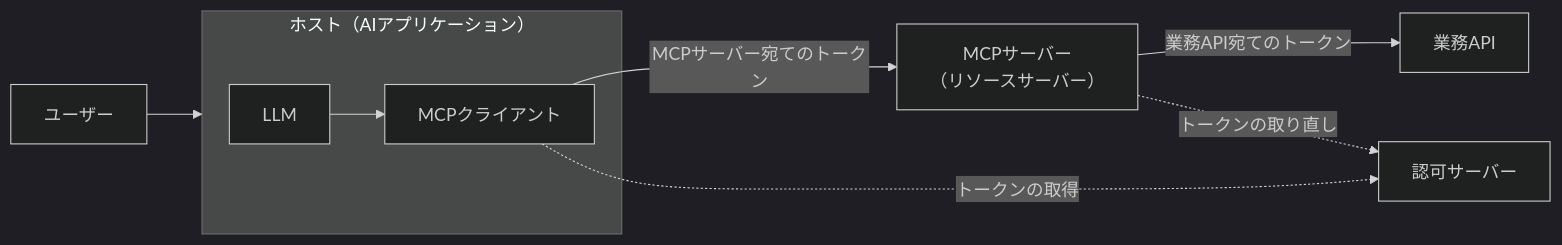
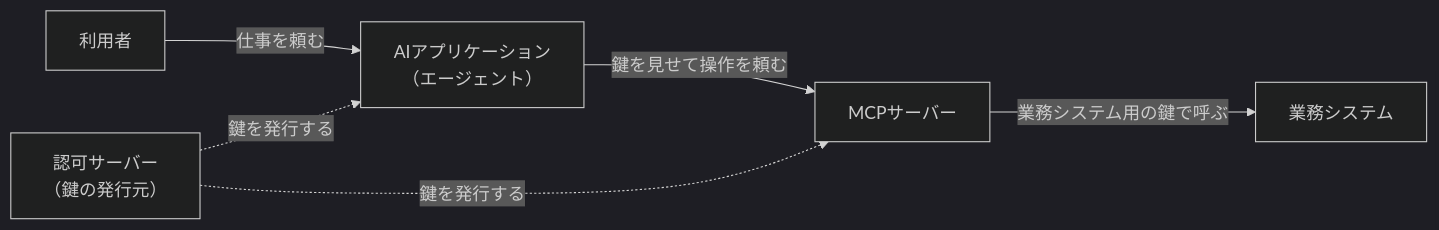
Before and after one commit to bmf-san/bmf-tech: the diagram in content/ja/posts/mcp-authorization-design.md, drawn with Mermaid (dark theme). The commit also changed other lines of this file and 1 other file, not shown here.

````diff
--- a/content/ja/posts/mcp-authorization-design.md
+++ b/content/ja/posts/mcp-authorization-design.md
@@ -39,17 +37,13 @@
 ```mermaid
 flowchart LR
-    U["ユーザー"]
-    subgraph H["ホスト（AIアプリケーション）"]
-        L["LLM"]
-        C["MCPクライアント"]
-    end
-    S["MCPサーバー<br/>（リソースサーバー）"]
-    A["業務API"]
-    AS["認可サーバー"]
-    U --> H
-    L --> C
-    C -- "MCPサーバー宛てのトークン" --> S
-    S -- "業務API宛てのトークン" --> A
-    C -. "トークンの取得" .-> AS
-    S -. "トークンの取り直し" .-> AS
+    U["利用者"]
+    AI["AIアプリケーション<br/>（エージェント）"]
+    S["MCPサーバー"]
+    A["業務システム"]
+    AS["認可サーバー<br/>（鍵の発行元）"]
+    U -- "仕事を頼む" --> AI
+    AI -- "鍵を見せて操作を頼む" --> S
+    S -- "業務システム用の鍵で呼ぶ" --> A
+    AS -. "鍵を発行する" .-> AI
+    AS -. "鍵を発行する" .-> S
 ```
````
